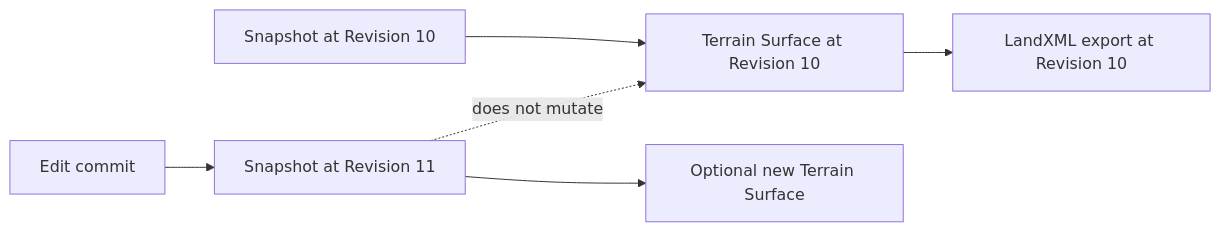
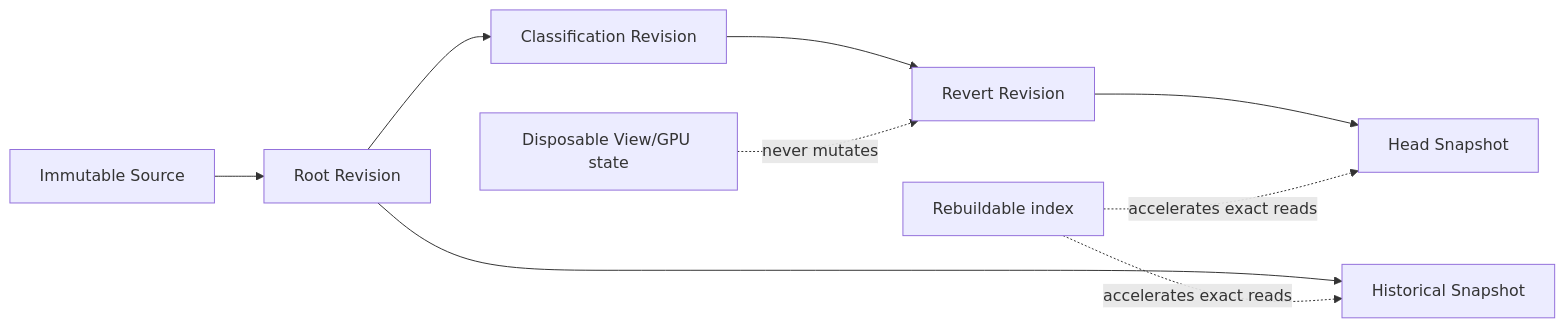
Before and after one commit to xxibcill/punctra: the eighth of 8 diagrams in docs/architecture/workflows.md, drawn with Mermaid. The commit also changed other lines of this file and 30 other files, not shown here.

```diff
--- a/docs/architecture/workflows.md
+++ b/docs/architecture/workflows.md
@@ -354,8 +265,11 @@
 ~~~mermaid
 flowchart LR
-    S0["Snapshot at Revision 10"] --> T0["Terrain Surface at Revision 10"]
-    T0 --> X0["LandXML export at Revision 10"]
-    E1["Edit commit"] --> S1["Snapshot at Revision 11"]
-    S1 -. "does not mutate" .-> T0
-    S1 --> T1["Optional new Terrain Surface"]
+    SRC["Immutable Source"] --> R0["Root Revision"]
+    R0 --> R1["Classification Revision"]
+    R1 --> R2["Revert Revision"]
+    R0 --> S0["Historical Snapshot"]
+    R2 --> S2["Head Snapshot"]
+    IDX["Rebuildable index"] -. "accelerates exact reads" .-> S0
+    IDX -. "accelerates exact reads" .-> S2
+    VIEW["Disposable View/GPU state"] -. "never mutates" .-> R2
 ~~~
```
